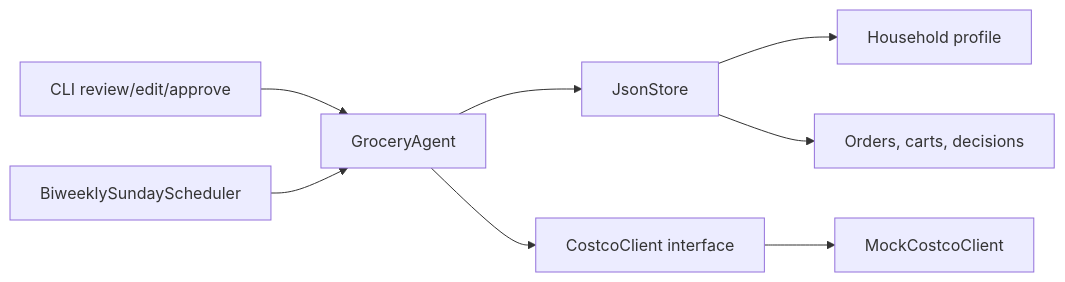
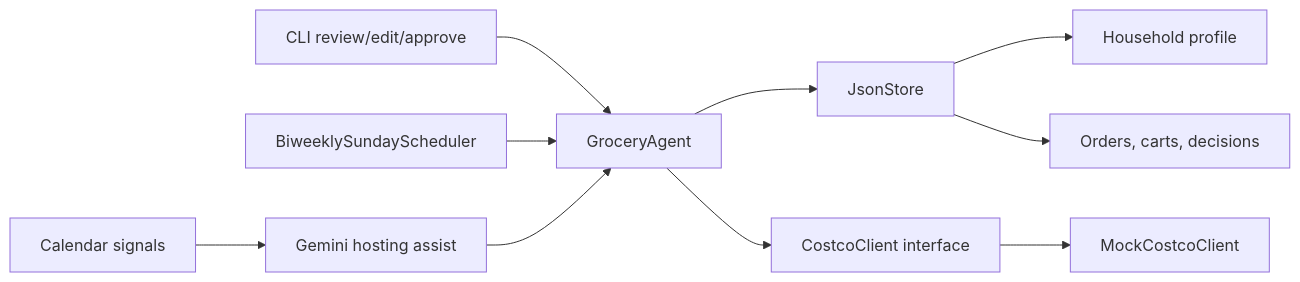
The diagram in README.md (RattanPriya/costco-grocery-agent), drawn with Mermaid before and after one commit. The commit also changed other lines of this file and 6 other files, not shown here.

Commit message:
Add Gemini proactive hosting flow

````diff
--- a/README.md
+++ b/README.md
@@ -9,10 +9,12 @@
 ```mermaid
 flowchart LR
     CLI["CLI review/edit/approve"] --> Agent["GroceryAgent"]
     Scheduler["BiweeklySundayScheduler"] --> Agent
+    Calendar["Calendar signals"] --> Gemini["Gemini hosting assist"]
+    Gemini --> Agent
     Agent --> Store["JsonStore"]
     Agent --> Costco["CostcoClient interface"]
     Costco --> Mock["MockCostcoClient"]
     Store --> Profile["Household profile"]
     Store --> History["Orders, carts, decisions"]
 ```
````
